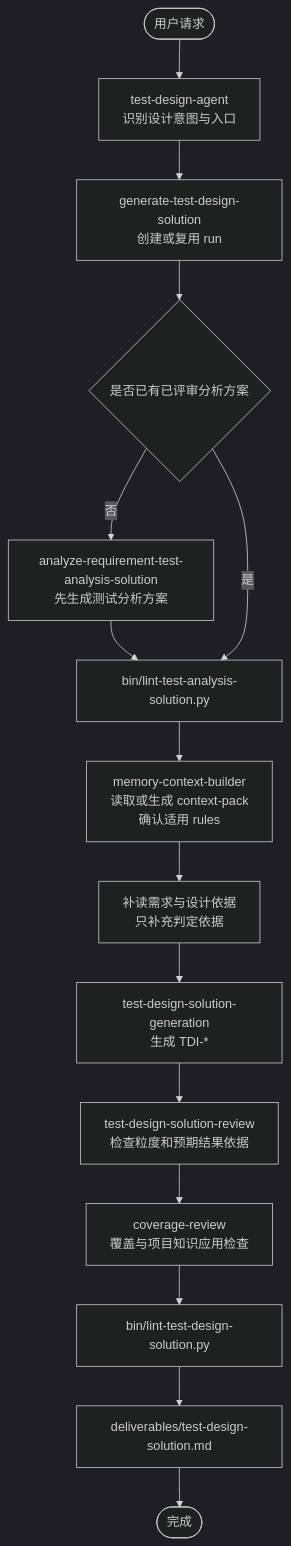
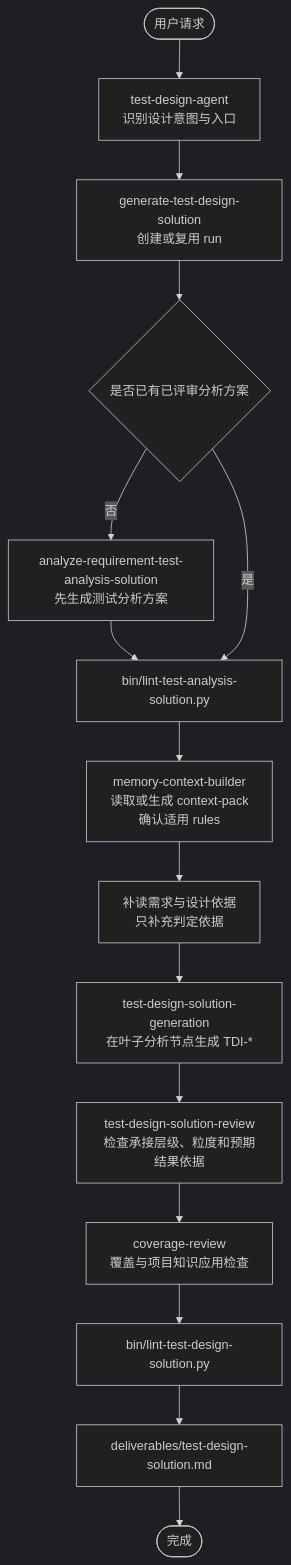
The diagram in docs/test-design-agent-design.md (szluoqy-byte/Test-Analysis-Agent-MM), drawn with Mermaid (dark theme) before and after one commit. The commit also changed other lines of this file and 40 other files, not shown here.

````diff
--- a/docs/test-design-agent-design.md
+++ b/docs/test-design-agent-design.md
@@ -63,18 +83,18 @@
 ```mermaid
 flowchart TD
   start([用户请求])
   start --> agent[test-design-agent<br/>识别设计意图与入口]
   agent --> main[generate-test-design-solution<br/>创建或复用 run]
   main --> hasAnalysis{是否已有已评审分析方案}
   hasAnalysis -- 否 --> analysis[analyze-requirement-test-analysis-solution<br/>先生成测试分析方案]
   analysis --> analysisCheck[bin/lint-test-analysis-solution.py]
   hasAnalysis -- 是 --> analysisCheck
   analysisCheck --> ctx[memory-context-builder<br/>读取或生成 context-pack<br/>确认适用 rules]
   ctx --> basis[补读需求与设计依据<br/>只补充判定依据]
-  basis --> generation[test-design-solution-generation<br/>生成 TDI-*]
-  generation --> review[test-design-solution-review<br/>检查粒度和预期结果依据]
+  basis --> generation[test-design-solution-generation<br/>在叶子分析节点生成 TDI-*]
+  generation --> review[test-design-solution-review<br/>检查承接层级、粒度和预期结果依据]
   review --> coverage[coverage-review<br/>覆盖与项目知识应用检查]
   coverage --> lint[bin/lint-test-design-solution.py]
   lint --> output[deliverables/test-design-solution.md]
   output --> finish([完成])
 ```
````
